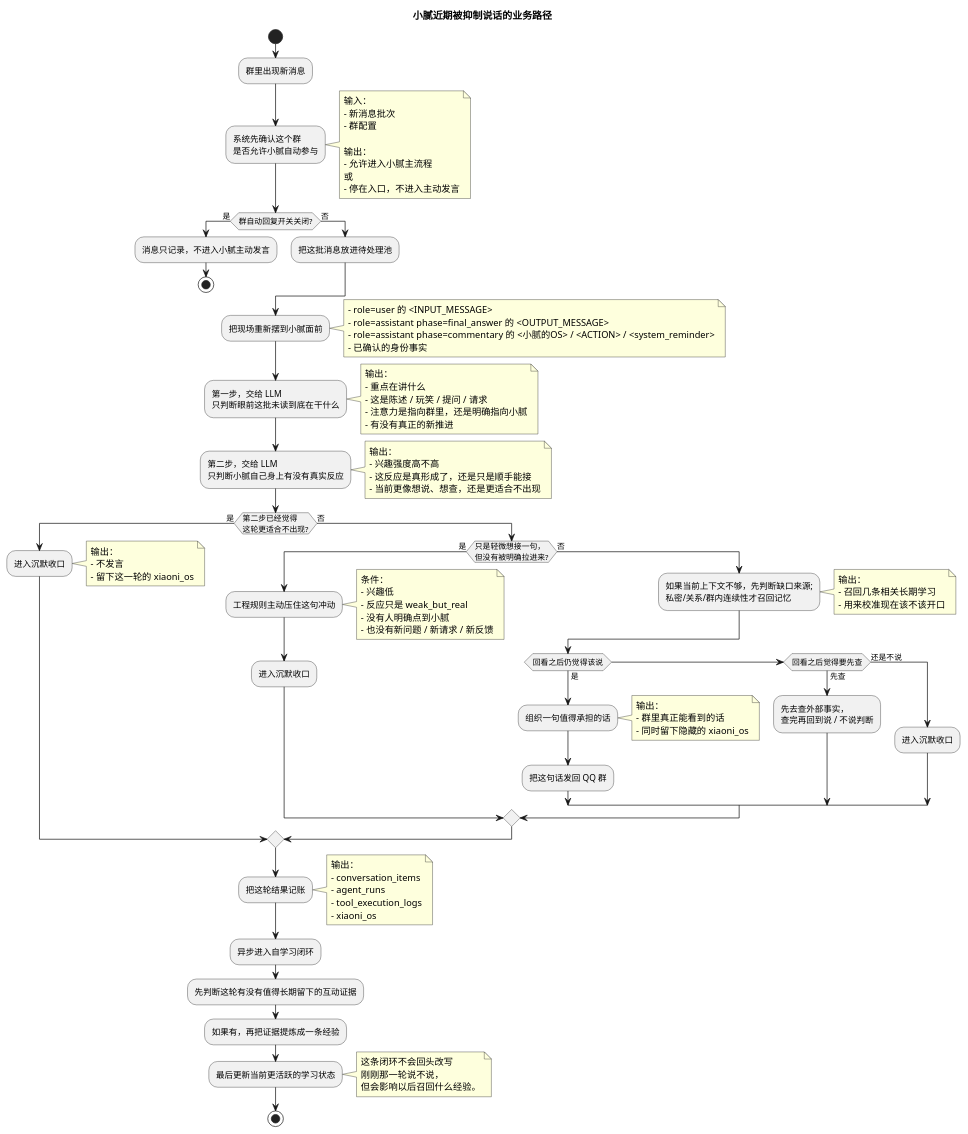
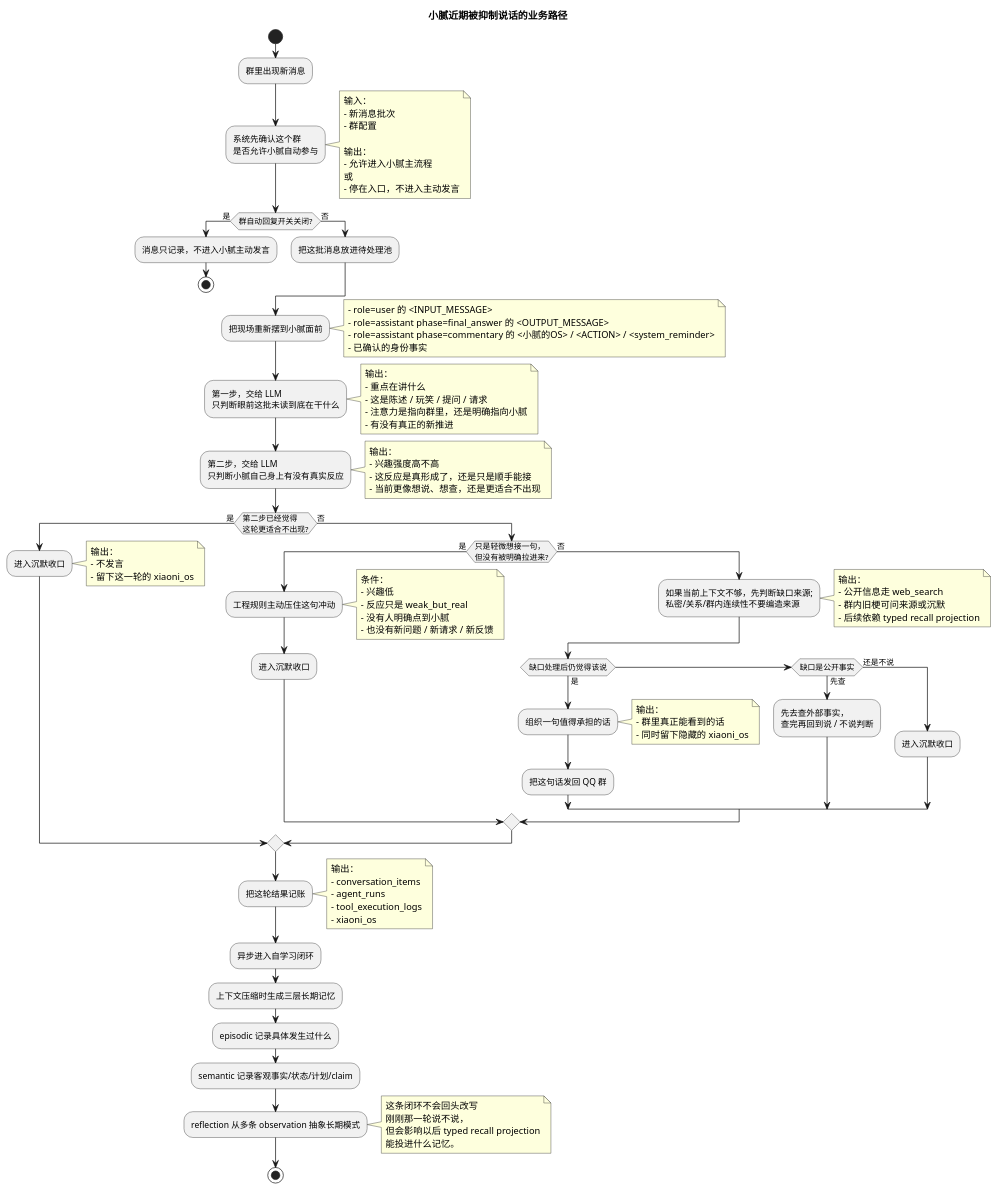
One commit to Hei-AI/xiaoni_cc changed the first of 2 diagrams in docs/AGENTS_AGENT_LOOP_RUNTIME.md. Above: the diagram before and after it, drawn with PlantUML. The commit also changed other lines of this file and 7 other files, not shown here.

Commit message:
docs: sync Xiaoni memory architecture docs

```diff
--- a/docs/AGENTS_AGENT_LOOP_RUNTIME.md
+++ b/docs/AGENTS_AGENT_LOOP_RUNTIME.md
@@ -99,14 +99,15 @@
     end note
     :进入沉默收口;
   else (否)
-    :如果当前上下文不够，先判断缺口来源;\n私密/关系/群内连续性才召回记忆;
+    :如果当前上下文不够，先判断缺口来源;\n私密/关系/群内连续性不要编造来源;
     note right
     输出：
-    - 召回几条相关长期学习
-    - 用来校准现在该不该开口
+    - 公开信息走 web_search
+    - 群内旧梗可问来源或沉默
+    - 后续依赖 typed recall projection
     end note
 
-    if (回看之后仍觉得该说) then (是)
+    if (缺口处理后仍觉得该说) then (是)
       :组织一句值得承担的话;
       note right
       输出：
@@ -114,7 +115,7 @@
       - 同时留下隐藏的 xiaoni_os
       end note
       :把这句话发回 QQ 群;
-    elseif (回看之后觉得要先查) then (先查)
+    elseif (缺口是公开事实) then (先查)
       :先去查外部事实，\n查完再回到说 / 不说判断;
     else (还是不说)
       :进入沉默收口;
@@ -132,13 +133,15 @@
 end note
 
 :异步进入自学习闭环;
-:先判断这轮有没有值得长期留下的互动证据;
-:如果有，再把证据提炼成一条经验;
-:最后更新当前更活跃的学习状态;
+:上下文压缩时生成三层长期记忆;
+:episodic 记录具体发生过什么;
+:semantic 记录客观事实/状态/计划/claim;
+:reflection 从多条 observation 抽象长期模式;
 note right
 这条闭环不会回头改写
 刚刚那一轮说不说，
-但会影响以后召回什么经验。
+但会影响以后 typed recall projection
+能投进什么记忆。
 end note
 stop
 @enduml
```
